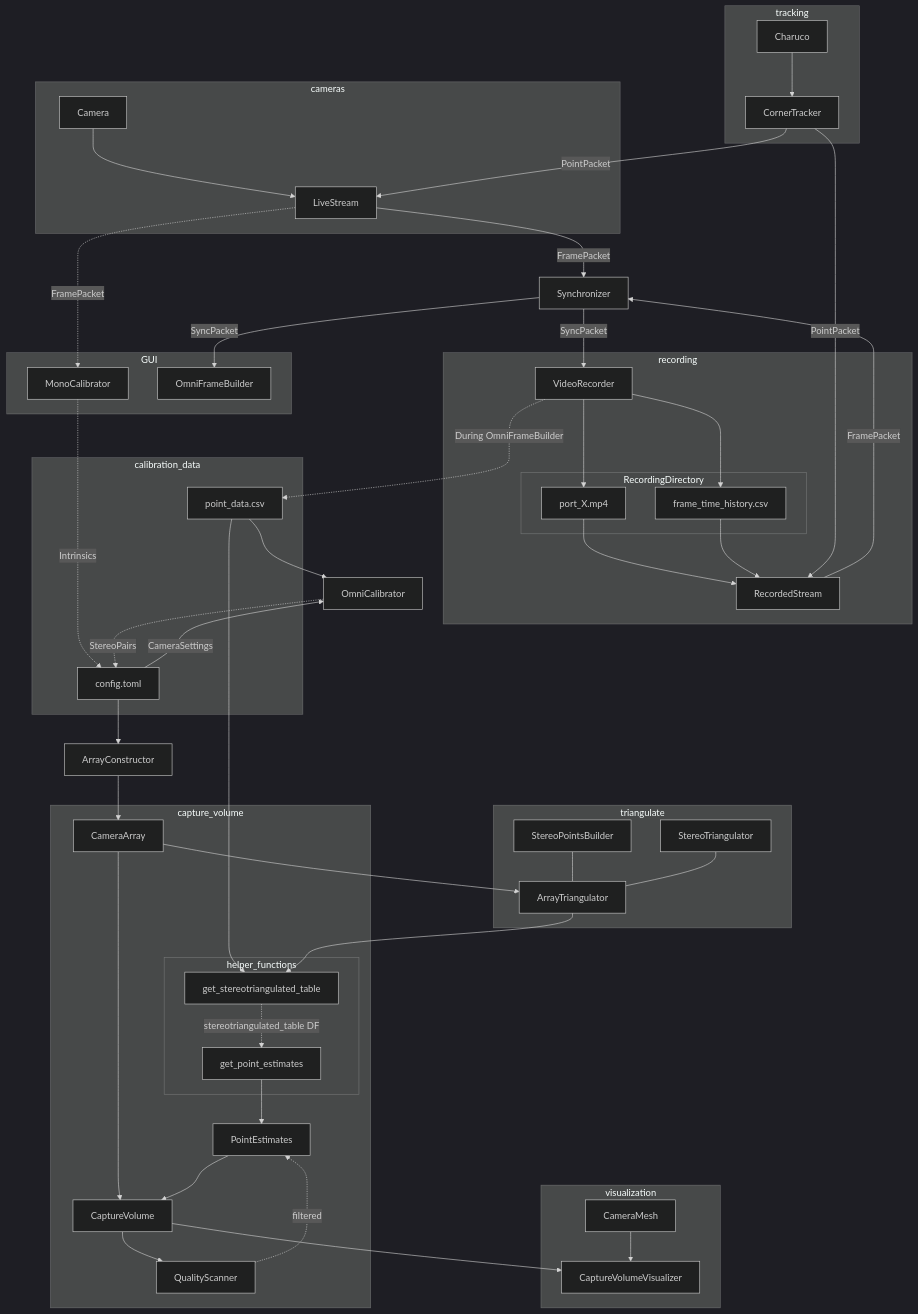
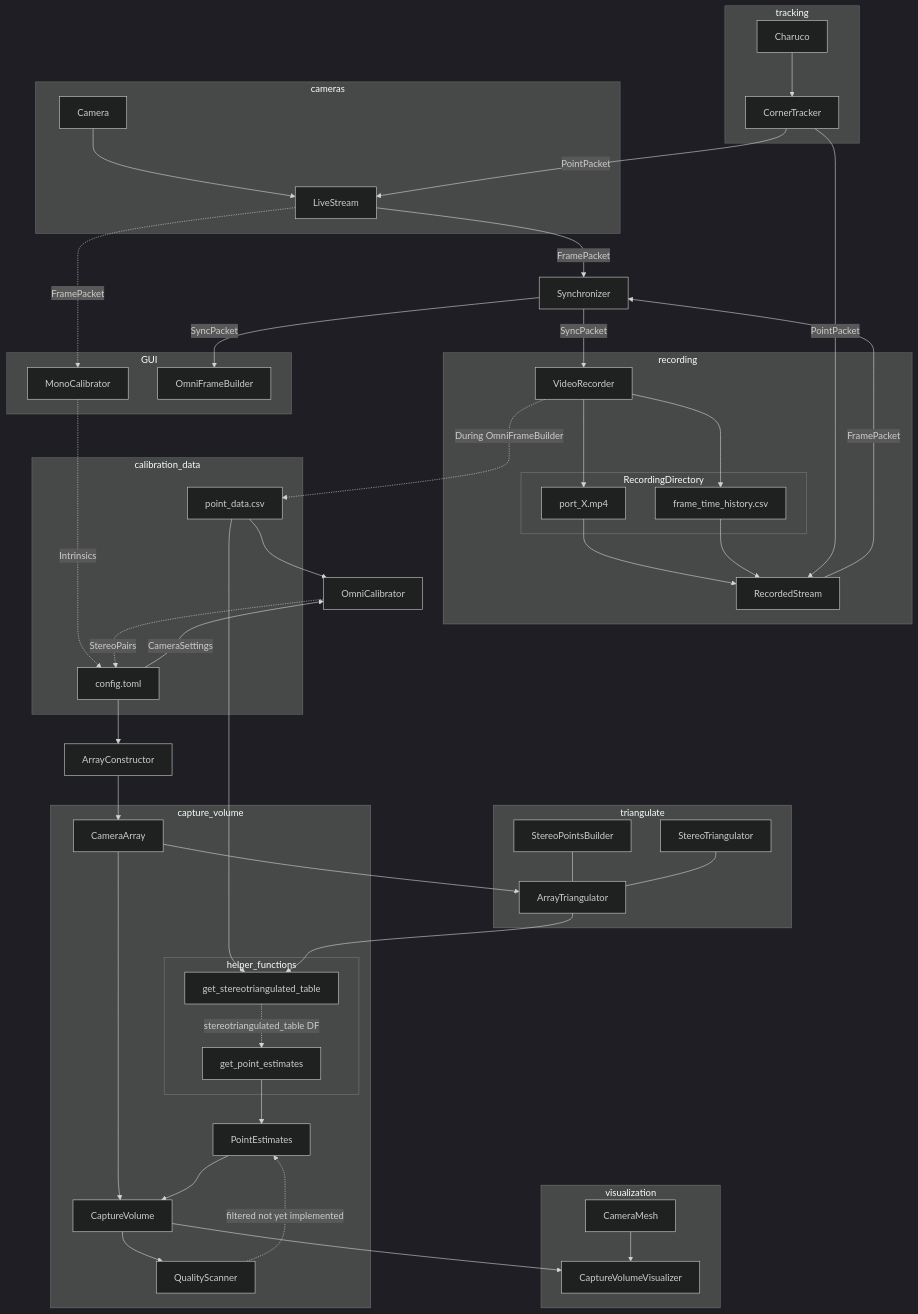
One commit to mprib/caliscope changed the diagram in README.md. Above: the diagram before and after it, drawn with Mermaid (dark theme).

Commit message:
clarify roadmap... next step: filter

```diff
--- a/README.md
+++ b/README.md
@@ -92,7 +92,7 @@
     CameraArray --> CaptureVolume
     PointEstimates --> CaptureVolume
     CaptureVolume --> QualityScanner
-    QualityScanner -.filtered.-> PointEstimates
+    QualityScanner -.filtered not yet implemented.-> PointEstimates
 end
 
 
```
